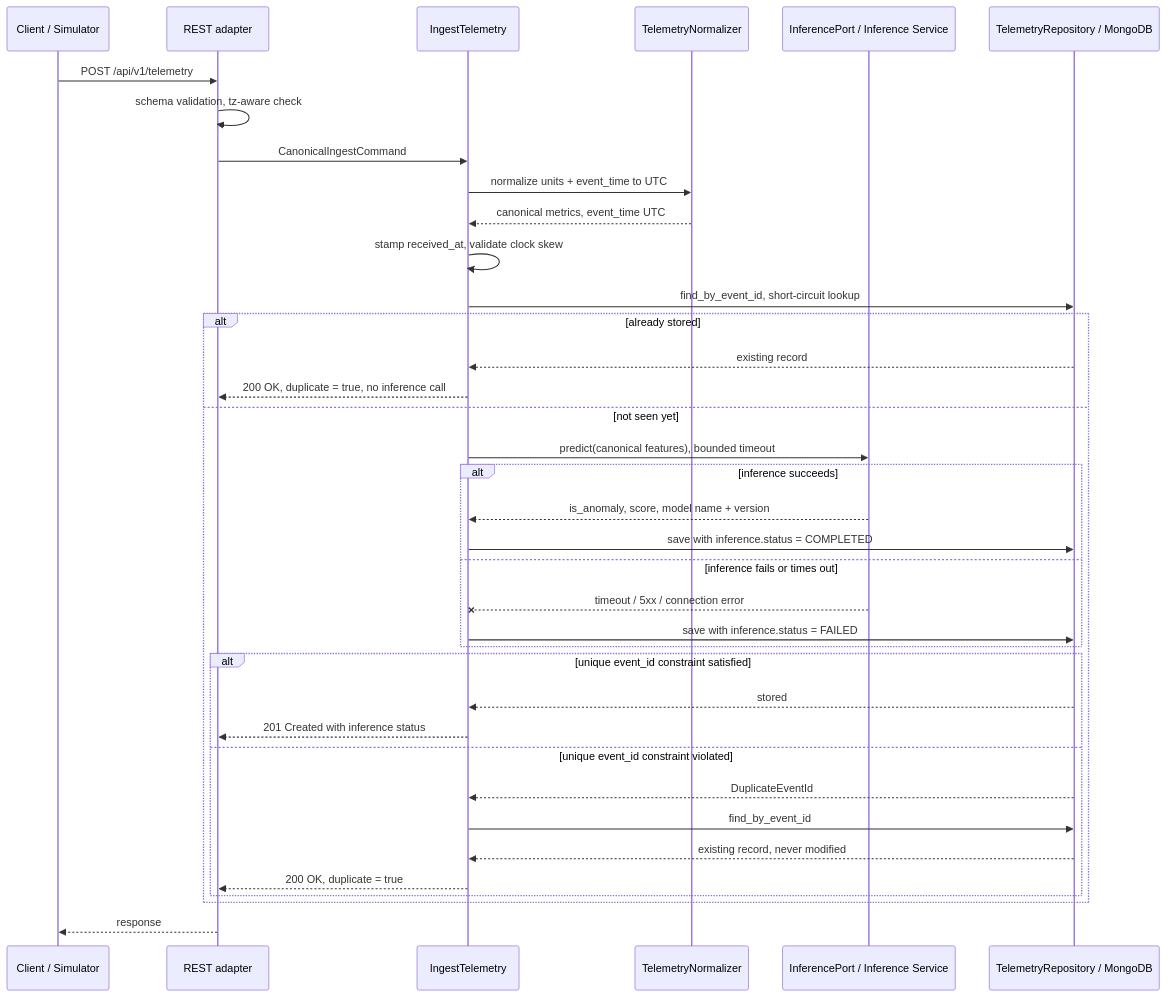
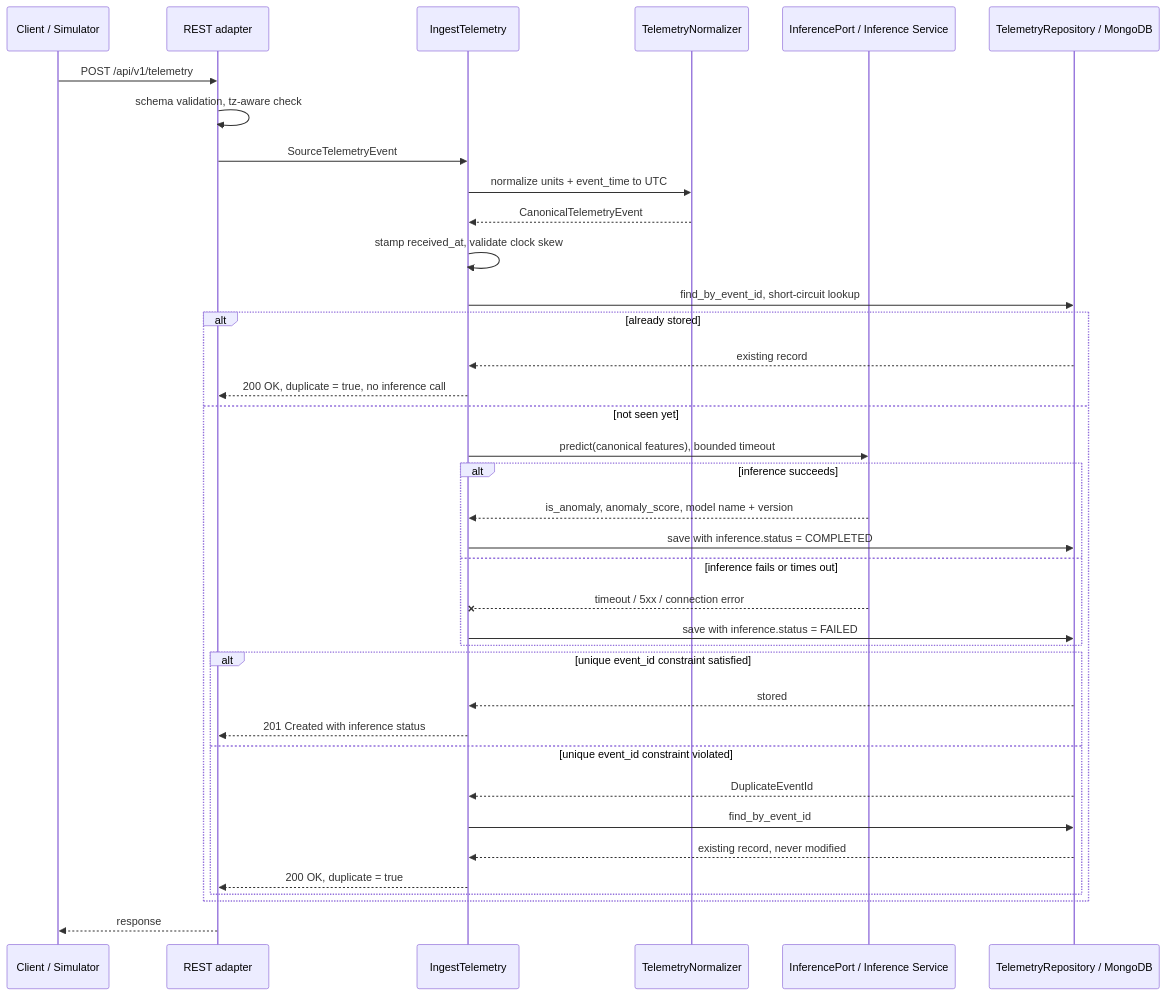
Before and after one commit to OwlRobert/fleet-ai-anomaly-detection-system: the third of 5 diagrams in docs/ARCHITECTURE.md, drawn with Mermaid. The commit also changed other lines of this file and 53 other files, not shown here.

````diff
--- a/docs/ARCHITECTURE.md
+++ b/docs/ARCHITECTURE.md
@@ -111,40 +116,40 @@
 ```mermaid
 sequenceDiagram
     participant C as Client / Simulator
     participant A as REST adapter
     participant U as IngestTelemetry
     participant N as TelemetryNormalizer
     participant I as InferencePort / Inference Service
     participant R as TelemetryRepository / MongoDB
 
     C->>A: POST /api/v1/telemetry
     A->>A: schema validation, tz-aware check
-    A->>U: CanonicalIngestCommand
+    A->>U: SourceTelemetryEvent
     U->>N: normalize units + event_time to UTC
-    N-->>U: canonical metrics, event_time UTC
+    N-->>U: CanonicalTelemetryEvent
     U->>U: stamp received_at, validate clock skew
     U->>R: find_by_event_id, short-circuit lookup
     alt already stored
         R-->>U: existing record
         U-->>A: 200 OK, duplicate = true, no inference call
     else not seen yet
         U->>I: predict(canonical features), bounded timeout
         alt inference succeeds
-            I-->>U: is_anomaly, score, model name + version
+            I-->>U: is_anomaly, anomaly_score, model name + version
             U->>R: save with inference.status = COMPLETED
         else inference fails or times out
             I--xU: timeout / 5xx / connection error
             U->>R: save with inference.status = FAILED
         end
         alt unique event_id constraint satisfied
             R-->>U: stored
             U-->>A: 201 Created with inference status
         else unique event_id constraint violated
             R-->>U: DuplicateEventId
             U->>R: find_by_event_id
             R-->>U: existing record, never modified
             U-->>A: 200 OK, duplicate = true
         end
     end
     A-->>C: response
 ```
````
